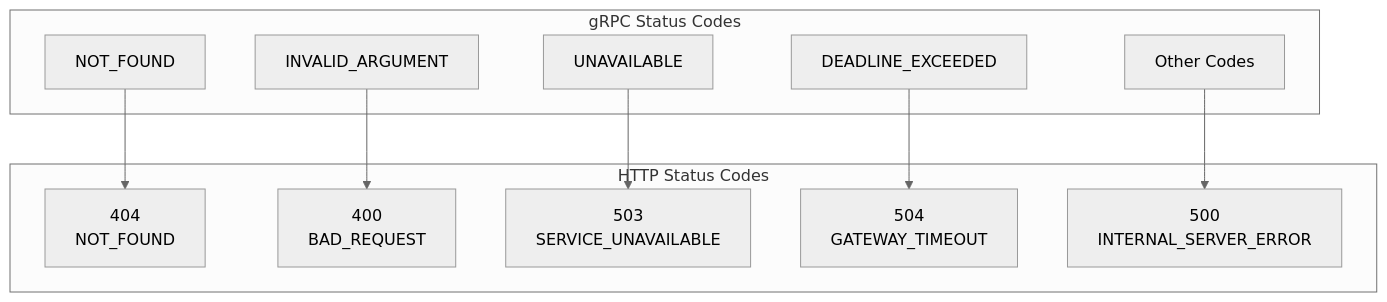
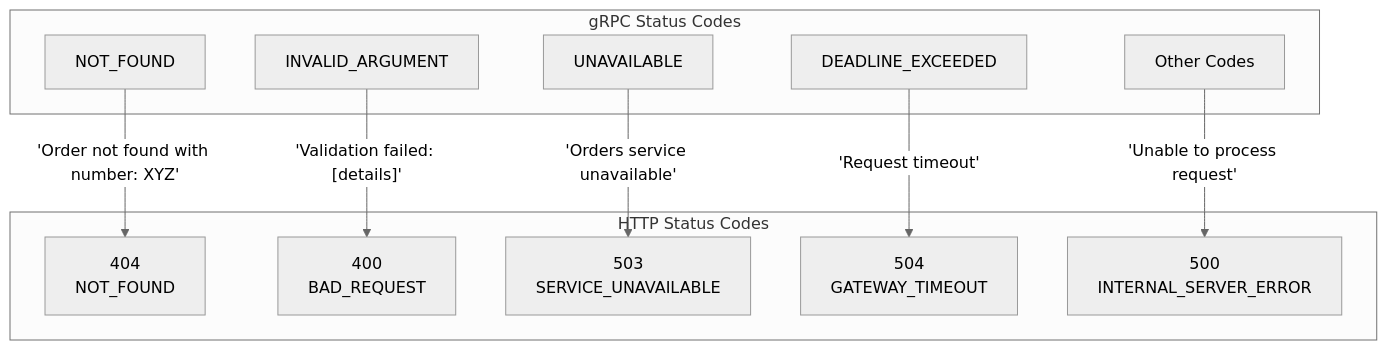
The second of 4 diagrams in docs/deepwiki/Exception-Handling-and-Error-Responses.md (philipz/spring-modular-monolith), drawn with Mermaid (neutral theme) before and after one commit. The commit also changed other lines of this file and 55 other files, not shown here.

````diff
--- a/docs/deepwiki/Exception-Handling-and-Error-Responses.md
+++ b/docs/deepwiki/Exception-Handling-and-Error-Responses.md
@@ -142,36 +142,36 @@
 ```mermaid
 flowchart TD
 
 GRPC_NOT_FOUND["NOT_FOUND"]
 GRPC_INVALID["INVALID_ARGUMENT"]
 GRPC_UNAVAIL["UNAVAILABLE"]
 GRPC_DEADLINE["DEADLINE_EXCEEDED"]
 GRPC_OTHER["Other Codes"]
 HTTP404["404<br>NOT_FOUND"]
 HTTP400["400<br>BAD_REQUEST"]
 HTTP503["503<br>SERVICE_UNAVAILABLE"]
 HTTP504["504<br>GATEWAY_TIMEOUT"]
 HTTP500["500<br>INTERNAL_SERVER_ERROR"]
 
-GRPC_NOT_FOUND --> HTTP404
-GRPC_INVALID --> HTTP400
-GRPC_UNAVAIL --> HTTP503
-GRPC_DEADLINE --> HTTP504
-GRPC_OTHER --> HTTP500
+GRPC_NOT_FOUND -->|"'Order not found with number: XYZ'"| HTTP404
+GRPC_INVALID -->|"'Validation failed: [details]'"| HTTP400
+GRPC_UNAVAIL -->|"'Orders service unavailable'"| HTTP503
+GRPC_DEADLINE -->|"'Request timeout'"| HTTP504
+GRPC_OTHER -->|"'Unable to process request'"| HTTP500
 
 subgraph subGraph1 ["HTTP Status Codes"]
     HTTP404
     HTTP400
     HTTP503
     HTTP504
     HTTP500
 end
 
 subgraph subGraph0 ["gRPC Status Codes"]
     GRPC_NOT_FOUND
     GRPC_INVALID
     GRPC_UNAVAIL
     GRPC_DEADLINE
     GRPC_OTHER
 end
 ```
````
